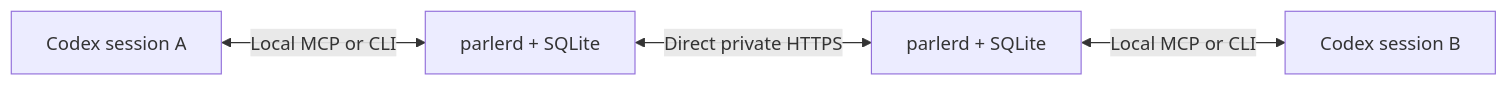
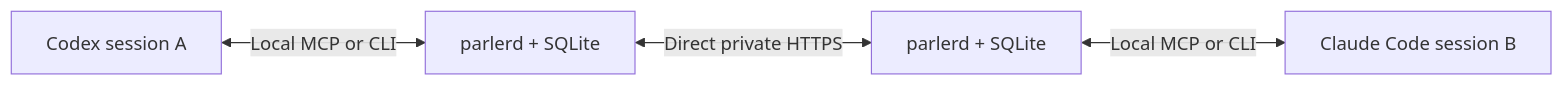
One commit to kerbinagent/parler changed the diagram in README.md. Above: the diagram before and after it, drawn with Mermaid. The commit also changed other lines of this file and 1 other file, not shown here.

Commit message:
docs: extend protocol to Claude Code and multiple hosts

````diff
--- a/README.md
+++ b/README.md
@@ -7,6 +7,6 @@
 ```mermaid
 flowchart LR
     A[Codex session A] <-->|Local MCP or CLI| DA[parlerd + SQLite]
     DA <-->|Direct private HTTPS| DB[parlerd + SQLite]
-    DB <-->|Local MCP or CLI| B[Codex session B]
+    DB <-->|Local MCP or CLI| B[Claude Code session B]
 ```
````
